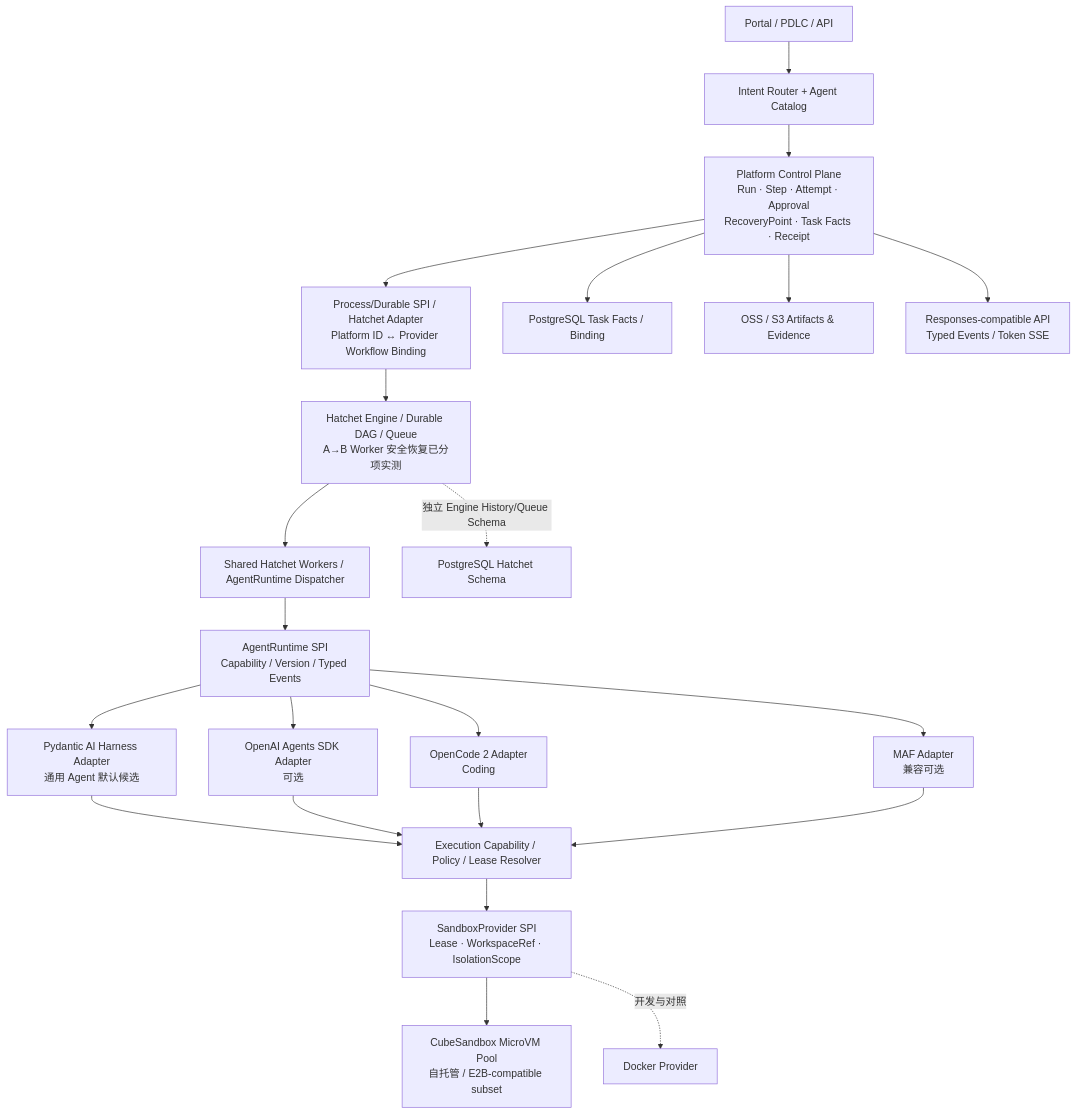
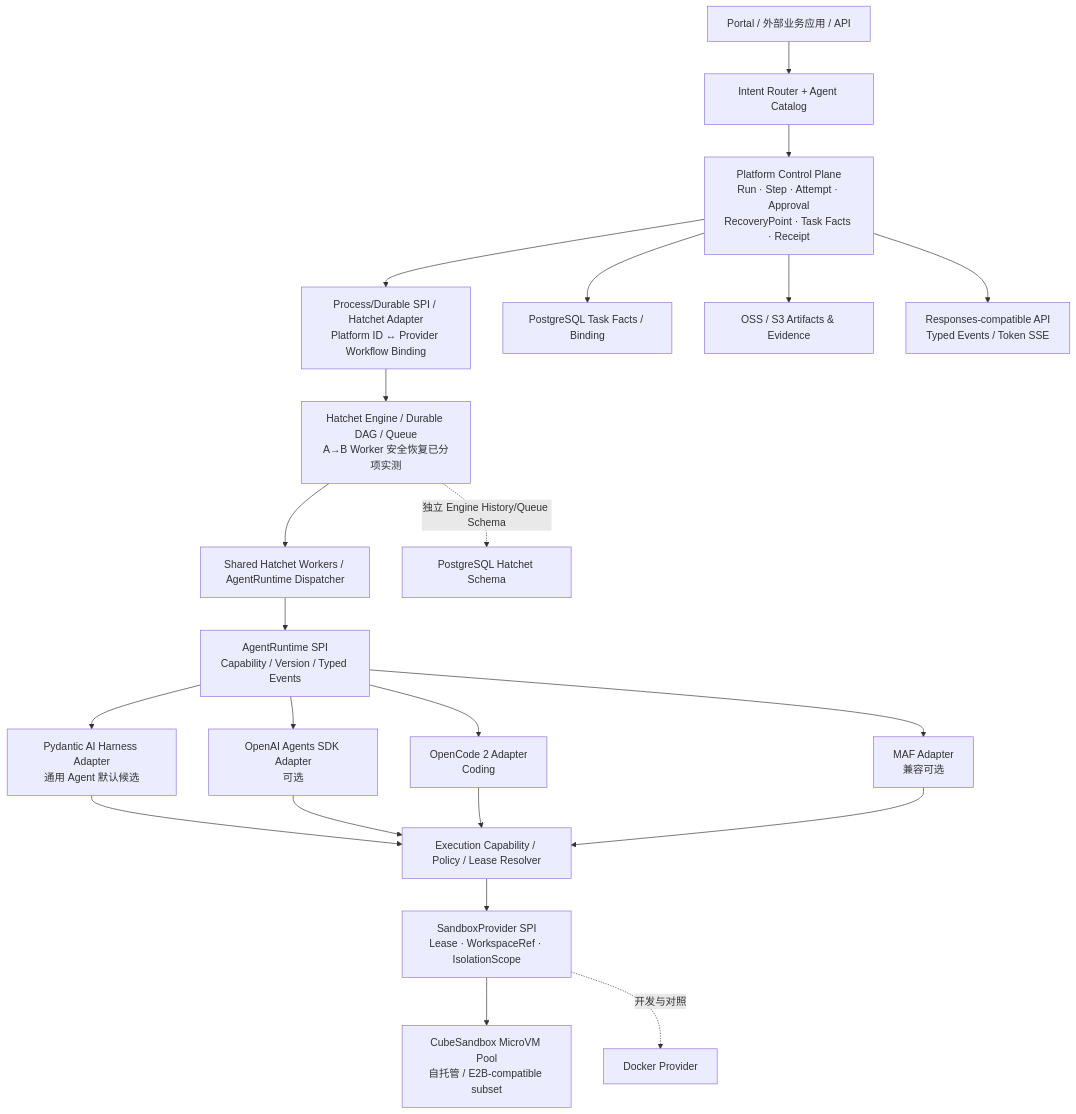
One commit to Bulls1986/Agent-Harness-Platform changed the diagram in docs/references/MULTI_HARNESS_TARGET_ARCHITECTURE_20261009.md. Above: the diagram before and after it, drawn with Mermaid. The commit also changed 50 other files, not shown here.

````diff
--- a/docs/references/MULTI_HARNESS_TARGET_ARCHITECTURE_20261009.md
+++ b/docs/references/MULTI_HARNESS_TARGET_ARCHITECTURE_20261009.md
@@ -24,24 +24,24 @@
 ```mermaid
 flowchart TB
-  UI["Portal / PDLC / API"] --> ROUTER["Intent Router + Agent Catalog"]
+  UI["Portal / 外部业务应用 / API"] --> ROUTER["Intent Router + Agent Catalog"]
   ROUTER --> CP["Platform Control Plane\nRun · Step · Attempt · Approval\nRecoveryPoint · Task Facts · Receipt"]
   CP --> DUR["Process/Durable SPI / Hatchet Adapter\nPlatform ID ↔ Provider Workflow Binding"]
   DUR --> HAT["Hatchet Engine / Durable DAG / Queue\nA→B Worker 安全恢复已分项实测"]
   HAT --> POOL["Shared Hatchet Workers / AgentRuntime Dispatcher"]
   POOL --> ARSPI["AgentRuntime SPI\nCapability / Version / Typed Events"]
   ARSPI --> PYD["Pydantic AI Harness Adapter\n通用 Agent 默认候选"]
   ARSPI --> OAI["OpenAI Agents SDK Adapter\n可选"]
   ARSPI --> OC["OpenCode 2 Adapter\nCoding"]
   ARSPI --> MAF["MAF Adapter\n兼容可选"]
   PYD --> EXE["Execution Capability / Policy / Lease Resolver"]
   OAI --> EXE
   OC --> EXE
   MAF --> EXE
   EXE --> SB["SandboxProvider SPI\nLease · WorkspaceRef · IsolationScope"]
   SB --> CUBE["CubeSandbox MicroVM Pool\n自托管 / E2B-compatible subset"]
   SB -. "开发与对照" .-> DOCKER["Docker Provider"]
   HAT -. "独立 Engine History/Queue Schema" .-> HPG["PostgreSQL Hatchet Schema"]
   CP --> PG["PostgreSQL Task Facts / Binding"]
   CP --> OSS["OSS / S3 Artifacts & Evidence"]
   CP --> EVT["Responses-compatible API\nTyped Events / Token SSE"]
 ```
````
